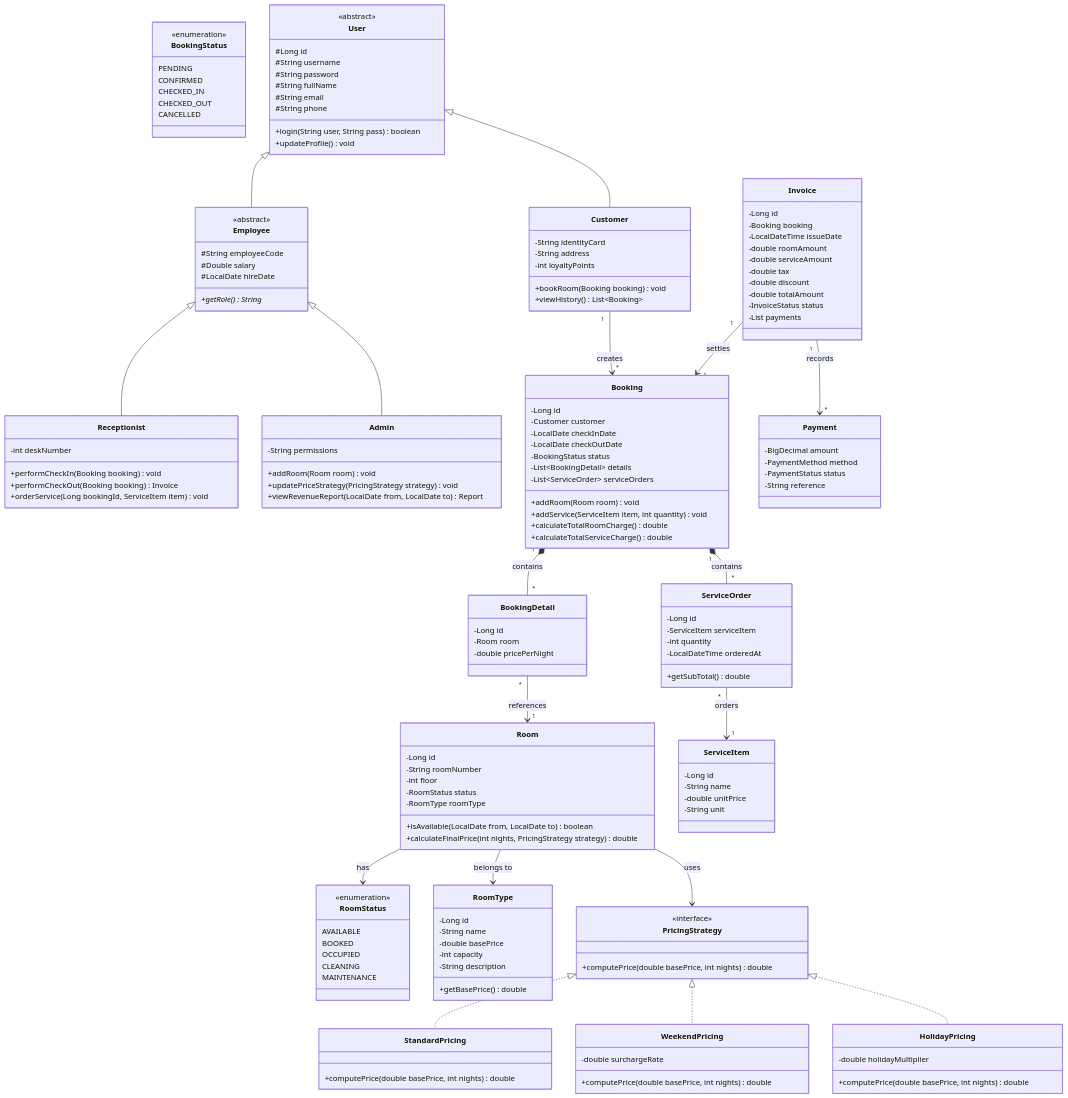
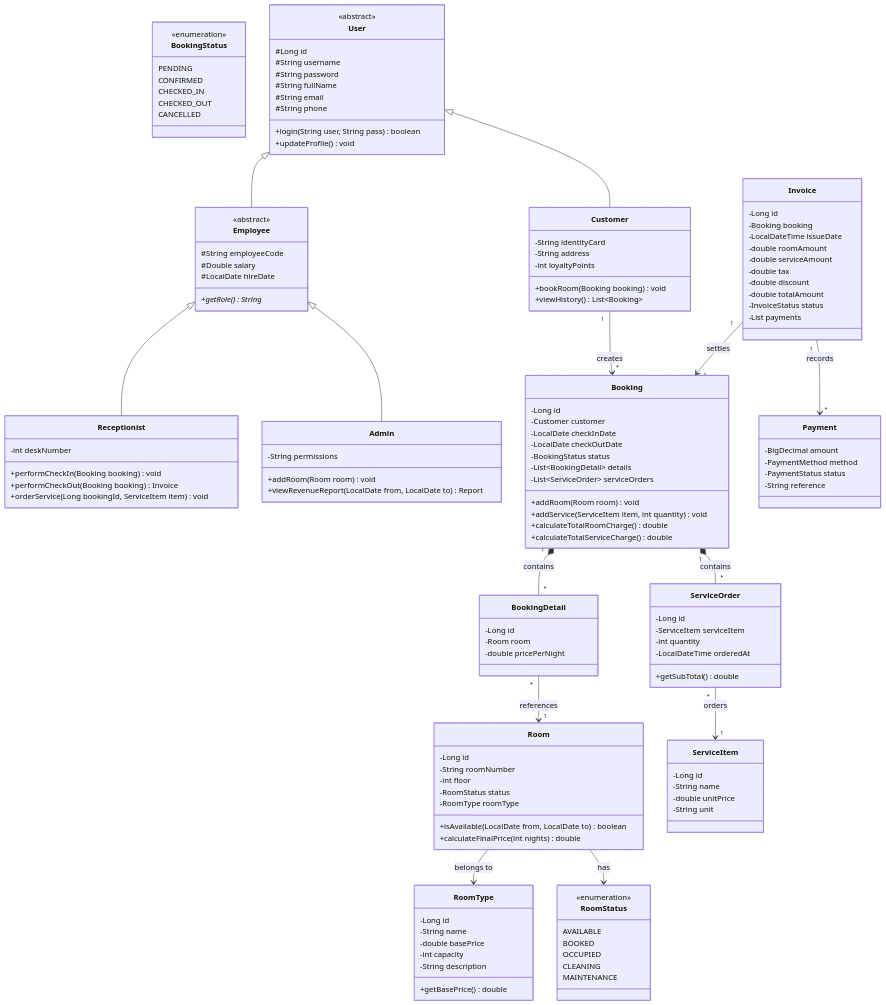
One commit to levanhoan-sys/hotel_management changed the second of 4 diagrams in docs/hotel_management_uml_design.md. Above: the diagram before and after it, drawn with Mermaid. The commit also changed other lines of this file and 35 other files, not shown here.

```diff
--- a/docs/hotel_management_uml_design.md
+++ b/docs/hotel_management_uml_design.md
@@ -142,7 +140,6 @@
     class Admin {
         -String permissions
         +addRoom(Room room) void
-        +updatePriceStrategy(PricingStrategy strategy) void
         +viewRevenueReport(LocalDate from, LocalDate to) Report
     }
 
@@ -151,7 +148,7 @@
     Employee <|-- Receptionist
     Employee <|-- Admin
 
-    %% ---------------- ROOM & PRICING (STRATEGY PATTERN) ----------------
+    %% ---------------- ROOM & FIXED BASE PRICE ----------------
     class Room {
         -Long id
         -String roomNumber
@@ -159,7 +156,7 @@
         -RoomStatus status
         -RoomType roomType
         +isAvailable(LocalDate from, LocalDate to) boolean
-        +calculateFinalPrice(int nights, PricingStrategy strategy) double
+        +calculateFinalPrice(int nights) double
     }
 
     class RoomType {
@@ -171,29 +168,6 @@
         +getBasePrice() double
     }
 
-    class PricingStrategy {
-        <<interface>>
-        +computePrice(double basePrice, int nights) double
-    }
-
-    class StandardPricing {
-        +computePrice(double basePrice, int nights) double
-    }
-
-    class WeekendPricing {
-        -double surchargeRate
-        +computePrice(double basePrice, int nights) double
-    }
-
-    class HolidayPricing {
-        -double holidayMultiplier
-        +computePrice(double basePrice, int nights) double
-    }
-
-    PricingStrategy <|.. StandardPricing
-    PricingStrategy <|.. WeekendPricing
-    PricingStrategy <|.. HolidayPricing
-    Room --> PricingStrategy : uses
     Room --> RoomType : belongs to
     Room --> RoomStatus : has
 
```
